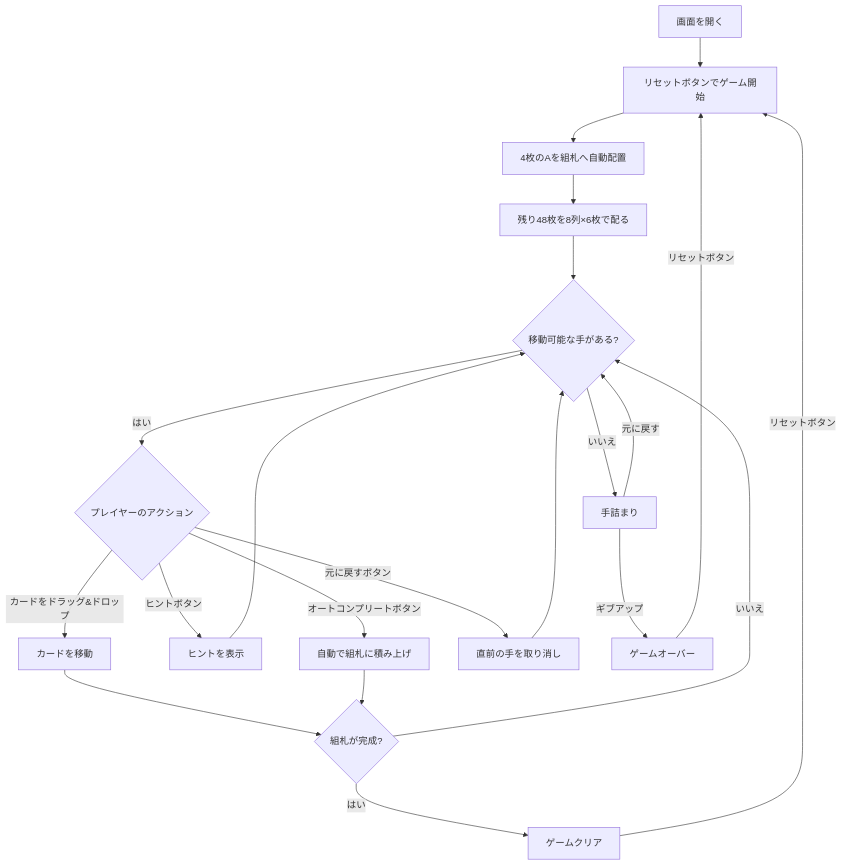
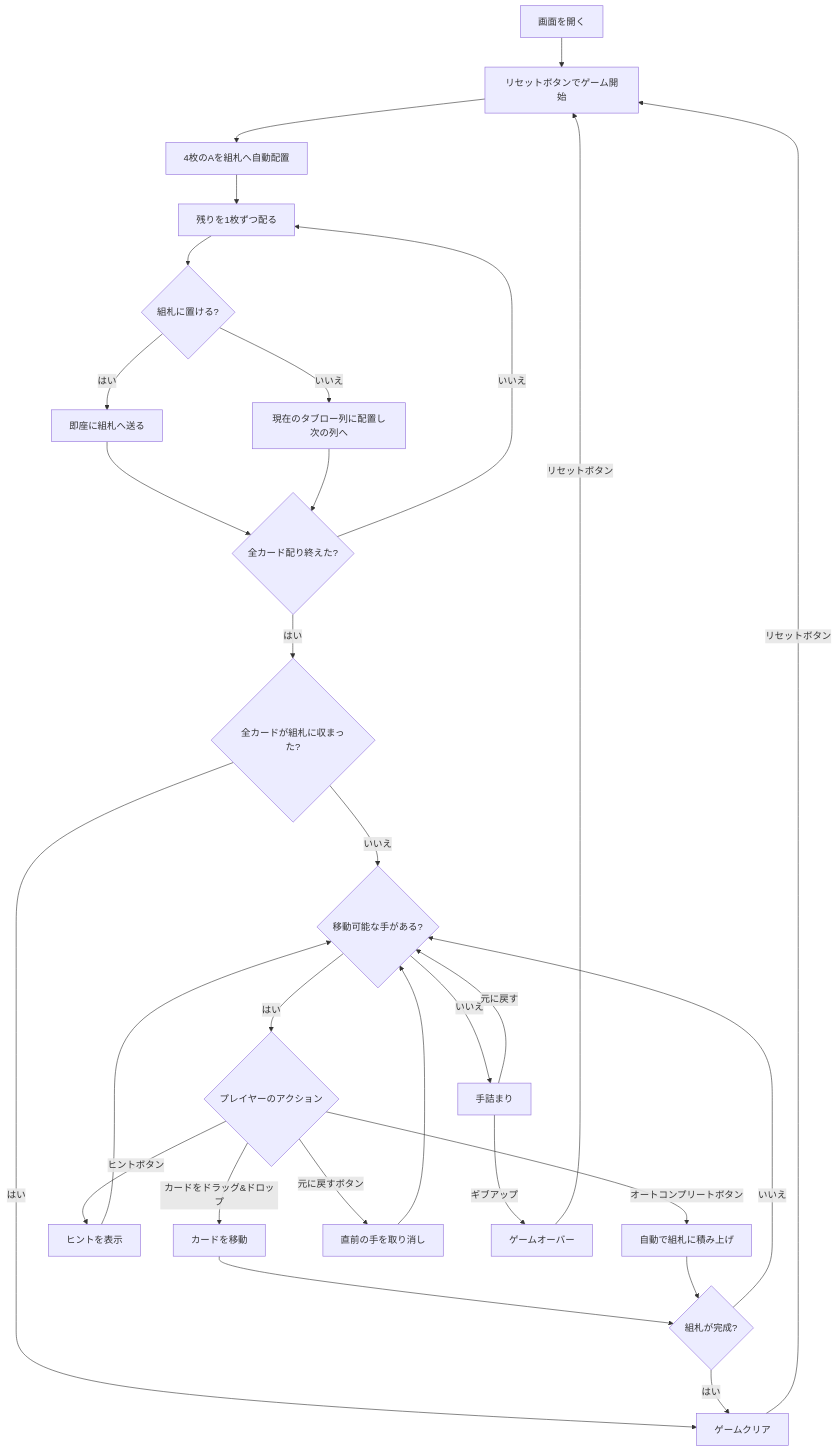
Before and after one commit to yuta-yoshinaga/go_trumpcards: the diagram in docs/manual/web/citadel.md, drawn with Mermaid. The commit also changed other lines of this file and 3 other files, not shown here.

````diff
--- a/docs/manual/web/citadel.md
+++ b/docs/manual/web/citadel.md
@@ -39,23 +40,31 @@
 ```mermaid
 flowchart TD
     A[画面を開く] --> B[リセットボタンでゲーム開始]
     B --> C[4枚のAを組札へ自動配置]
-    C --> C2[残り48枚を8列×6枚で配る]
-    C2 --> D{移動可能な手がある?}
+    C --> C2[残りを1枚ずつ配る]
+    C2 --> C3{組札に置ける?}
+    C3 -->|はい| C4[即座に組札へ送る]
+    C3 -->|いいえ| C5[現在のタブロー列に配置し次の列へ]
+    C4 --> C6{全カード配り終えた?}
+    C5 --> C6
+    C6 -->|いいえ| C2
+    C6 -->|はい| C7{全カードが組札に収まった?}
+    C7 -->|はい| K[ゲームクリア]
+    C7 -->|いいえ| D{移動可能な手がある?}
     D -->|はい| E{プレイヤーのアクション}
     E -->|カードをドラッグ&ドロップ| G[カードを移動]
     E -->|ヒントボタン| H[ヒントを表示]
     E -->|オートコンプリートボタン| I[自動で組札に積み上げ]
     E -->|元に戻すボタン| U[直前の手を取り消し]
     G --> J{組札が完成?}
     H --> D
     I --> J
     U --> D
     J -->|いいえ| D
-    J -->|はい| K[ゲームクリア]
+    J -->|はい| K
     D -->|いいえ| L[手詰まり]
     L -->|元に戻す| D
     L -->|ギブアップ| M[ゲームオーバー]
     K -->|リセットボタン| B
     M -->|リセットボタン| B
 ```
````
